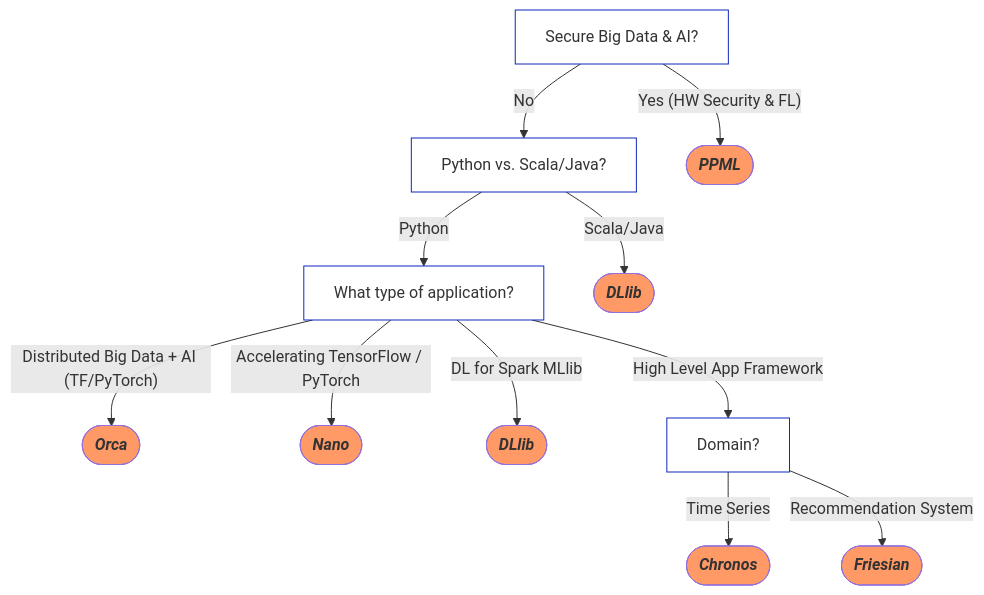
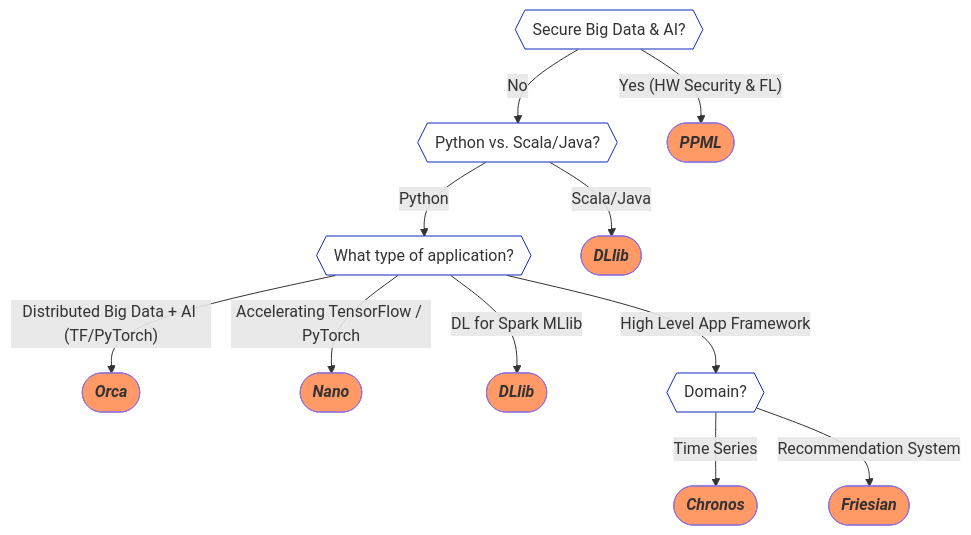
One commit to intel-analytics/ipex-llm changed the diagram in README.md. Above: the diagram before and after it, drawn with Mermaid.

````diff
--- a/README.md
+++ b/README.md
@@ -30,28 +30,28 @@
 ```mermaid
 flowchart TD;
-    Feature1[Secure Big Data & AI?];
-    Feature1-- No -->Feature2[Python vs. Scala/Java?];
+    Feature1{{Secure Big Data & AI?}};
+    Feature1-- No -->Feature2{{Python vs. Scala/Java?}};
     Feature1-- "Yes (HW Security & FL)"  -->ReferPPML([<em><strong>PPML</strong></em>]);
-    Feature2-- Python -->Feature3[What type of application?];
+    Feature2-- Python -->Feature3{{What type of application?}};
     Feature2-- Scala/Java -->ReferDLlib([<em><strong>DLlib</strong></em>]);
     Feature3-- "Distributed Big Data + AI (TF/PyTorch)" -->ReferOrca([<em><strong>Orca</strong></em>]);
     Feature3-- Accelerating TensorFlow / PyTorch -->ReferNano([<em><strong>Nano</strong></em>]);
     Feature3-- DL for Spark MLlib -->ReferDLlib2([<em><strong>DLlib</strong></em>]);
-    Feature3-- High Level App Framework -->Feature4[Domain?];
+    Feature3-- High Level App Framework -->Feature4{{Domain?}};
     Feature4-- Time Series -->ReferChronos([<em><strong>Chronos</strong></em>]);
     Feature4-- Recommendation System -->ReferFriesian([<em><strong>Friesian</strong></em>]);
     
     click ReferNano "https://github.com/jason-dai/BigDL/tree/readme#nano"
     click ReferOrca "https://github.com/jason-dai/BigDL/tree/readme#orca"
     click ReferDLlib "https://github.com/jason-dai/BigDL/tree/readme#dllib"
     click ReferDLlib2 "https://github.com/jason-dai/BigDL/tree/readme#dllib"
     click ReferChronos "https://github.com/jason-dai/BigDL/tree/readme#chronos"
     click ReferFriesian "https://github.com/jason-dai/BigDL/tree/readme#friesian"
     click ReferPPML "https://github.com/jason-dai/BigDL/tree/readme#ppml"
     
     classDef ReferStyle1 fill:#f96;
     classDef Feature fill:#FFF,stroke:#0f29ba,stroke-width:1px;
     class ReferNano,ReferOrca,ReferDLlib,ReferDLlib2,ReferChronos,ReferFriesian,ReferPPML ReferStyle1;
     class Feature1,Feature2,Feature3,Feature4,Feature5,Feature6,Feature7 Feature;
     
 ```
````
